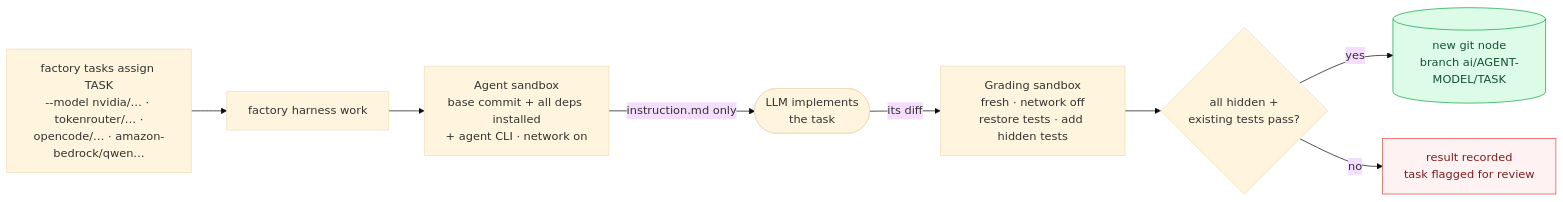
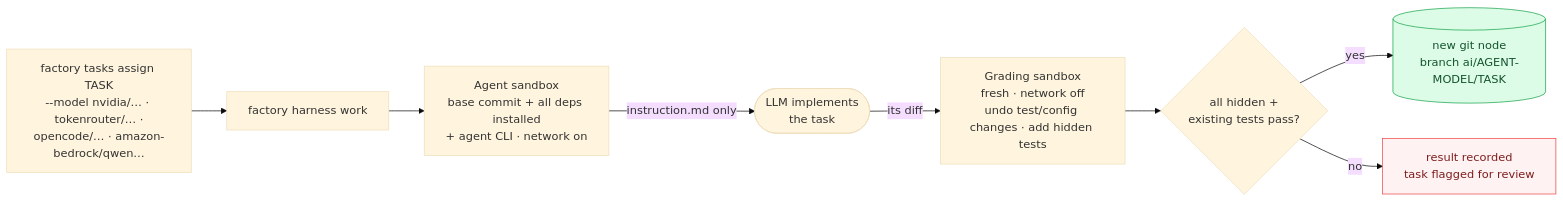
The fifth of 6 diagrams in README.md (sreenivasivbieb/task-factory), drawn with Mermaid (base theme) before and after one commit. The commit also changed other lines of this file and 27 other files, not shown here.

````diff
--- a/README.md
+++ b/README.md
@@ -275,15 +286,15 @@
 ```mermaid
 flowchart LR
     A["factory tasks assign TASK<br/>--model nvidia/… · tokenrouter/… ·<br/>opencode/… · amazon-bedrock/qwen…"] --> W["factory harness work"]
     W --> S1["Agent sandbox<br/>base commit + all deps installed<br/>+ agent CLI · network on"]
     S1 -->|"instruction.md only"| M(["LLM implements<br/>the task"])
-    M -->|"its diff"| S2["Grading sandbox<br/>fresh · network off<br/>restore tests · add hidden tests"]
+    M -->|"its diff"| S2["Grading sandbox<br/>fresh · network off<br/>undo test/config changes · add hidden tests"]
     S2 --> Q{"all hidden +<br/>existing tests pass?"}
     Q -- yes --> N[("new git node<br/>branch ai/AGENT-MODEL/TASK")]
     Q -- no --> F["result recorded<br/>task flagged for review"]
 
     classDef good fill:#dcfce7,stroke:#16a34a,color:#14532d;
     classDef bad fill:#fef2f2,stroke:#ef4444,color:#7f1d1d;
     class N good;
     class F bad;
 ```
````
